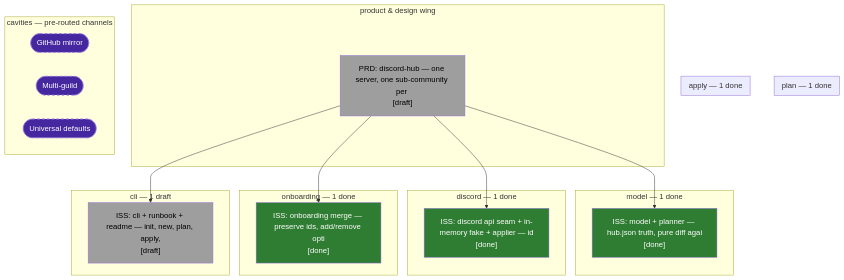
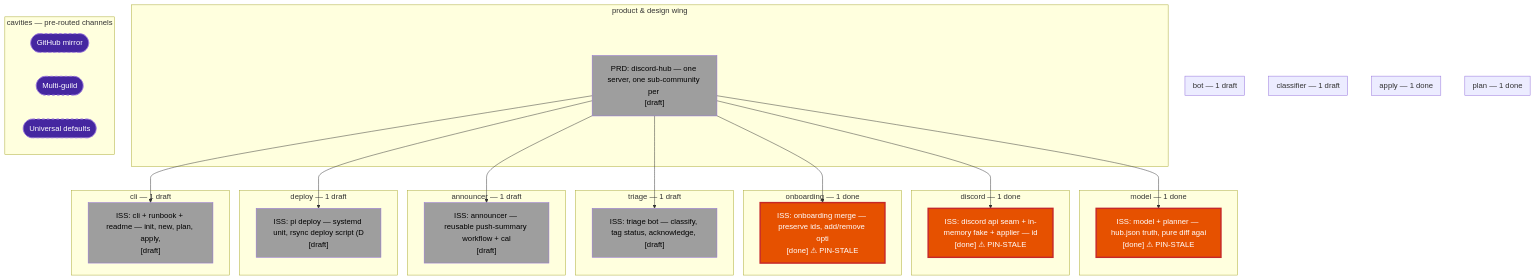
Before and after one commit to ajkatz/discord-hub: the diagram in mural/map.md, drawn with Mermaid. The commit also changed other lines of this file and 35 other files, not shown here.

First line of the commit message:
discord-hub: CLI + runbook, triage bot (decide/ledger/channels + Claude classifier + gateway shell), reusable announcer, pi5 systemd deploy — 67 tests green

````diff
--- a/mural/map.md
+++ b/mural/map.md
@@ -6,43 +6,61 @@
 ```mermaid
 flowchart TD
     subgraph R_model["model — 1 done"]
-        ISS_01M4YRK271FFV7JQGVRH31XMB5["ISS: model + planner — hub.json truth, pure diff agai<br/>[done]"]:::done
+        ISS_01M4YRK271FFV7JQGVRH31XMB5["ISS: model + planner — hub.json truth, pure diff agai<br/>[done] ⚠ PIN-STALE"]:::pinstale
     end
     subgraph R_plan["plan — 1 done"]
-        ISS_01M4YRK271FFV7JQGVRH31XMB5["ISS: model + planner — hub.json truth, pure diff agai<br/>[done]"]:::done
+        ISS_01M4YRK271FFV7JQGVRH31XMB5["ISS: model + planner — hub.json truth, pure diff agai<br/>[done] ⚠ PIN-STALE"]:::pinstale
     end
     subgraph R_discord["discord — 1 done"]
-        ISS_01M4YRK28WWY8PXJ54M3MNX4M0["ISS: discord api seam + in-memory fake + applier — id<br/>[done]"]:::done
+        ISS_01M4YRK28WWY8PXJ54M3MNX4M0["ISS: discord api seam + in-memory fake + applier — id<br/>[done] ⚠ PIN-STALE"]:::pinstale
     end
     subgraph R_apply["apply — 1 done"]
-        ISS_01M4YRK28WWY8PXJ54M3MNX4M0["ISS: discord api seam + in-memory fake + applier — id<br/>[done]"]:::done
+        ISS_01M4YRK28WWY8PXJ54M3MNX4M0["ISS: discord api seam + in-memory fake + applier — id<br/>[done] ⚠ PIN-STALE"]:::pinstale
     end
     subgraph R_onboarding["onboarding — 1 done"]
-        ISS_01M4YRK2AMTS9NS8QGGV8PZRCV["ISS: onboarding merge — preserve ids, add/remove opti<br/>[done]"]:::done
+        ISS_01M4YRK2AMTS9NS8QGGV8PZRCV["ISS: onboarding merge — preserve ids, add/remove opti<br/>[done] ⚠ PIN-STALE"]:::pinstale
+    end
+    subgraph R_triage["triage — 1 draft"]
+        ISS_01M4YS4JPD4GTYTH3BC87FY61Q["ISS: triage bot — classify, tag status, acknowledge, <br/>[draft]"]:::draft
+    end
+    subgraph R_classifier["classifier — 1 draft"]
+        ISS_01M4YS4JPD4GTYTH3BC87FY61Q["ISS: triage bot — classify, tag status, acknowledge, <br/>[draft]"]:::draft
+    end
+    subgraph R_bot["bot — 1 draft"]
+        ISS_01M4YS4JPD4GTYTH3BC87FY61Q["ISS: triage bot — classify, tag status, acknowledge, <br/>[draft]"]:::draft
+    end
+    subgraph R_announcer["announcer — 1 draft"]
+        ISS_01M4YS4JR84N865A2GE202351A["ISS: announcer — reusable push-summary workflow + cal<br/>[draft]"]:::draft
+    end
+    subgraph R_deploy["deploy — 1 draft"]
+        ISS_01M4YS4JT1NBYWK02Q0X4XHT4G["ISS: pi deploy — systemd unit, rsync deploy script (D<br/>[draft]"]:::draft
     end
     subgraph R_cli["cli — 1 draft"]
         ISS_01M4YRK2CD4S2WNDHCEFJPFZVH["ISS: cli + runbook + readme — init, new, plan, apply,<br/>[draft]"]:::draft
     end
     subgraph WING["product & design wing"]
         PRD_01M4YRFMPVGJJ0XENSA97NBGBW["PRD: discord-hub — one server, one sub-community per <br/>[draft]"]:::draft
     end
     subgraph CAV["cavities — pre-routed channels"]
         C_GitHub_mirror(["GitHub mirror"]):::cavity
         C_Multi_guild(["Multi-guild"]):::cavity
         C_Universal_defaults(["Universal defaults"]):::cavity
     end
     PRD_01M4YRFMPVGJJ0XENSA97NBGBW --> ISS_01M4YRK271FFV7JQGVRH31XMB5
     PRD_01M4YRFMPVGJJ0XENSA97NBGBW --> ISS_01M4YRK28WWY8PXJ54M3MNX4M0
     PRD_01M4YRFMPVGJJ0XENSA97NBGBW --> ISS_01M4YRK2AMTS9NS8QGGV8PZRCV
     PRD_01M4YRFMPVGJJ0XENSA97NBGBW --> ISS_01M4YRK2CD4S2WNDHCEFJPFZVH
+    PRD_01M4YRFMPVGJJ0XENSA97NBGBW --> ISS_01M4YS4JPD4GTYTH3BC87FY61Q
+    PRD_01M4YRFMPVGJJ0XENSA97NBGBW --> ISS_01M4YS4JR84N865A2GE202351A
+    PRD_01M4YRFMPVGJJ0XENSA97NBGBW --> ISS_01M4YS4JT1NBYWK02Q0X4XHT4G
     classDef done fill:#2e7d32,color:#fff
     classDef ready fill:#1565c0,color:#fff
     classDef inprog fill:#f9a825,color:#000
     classDef draft fill:#9e9e9e,color:#000
     classDef bad fill:#c62828,color:#fff
     classDef active fill:#00695c,color:#fff
     classDef other fill:#6a1b9a,color:#fff
     classDef pinstale fill:#e65100,color:#fff,stroke:#c62828,stroke-width:3px
     classDef cavity fill:#4527a0,color:#fff,stroke-dasharray: 5 5
     classDef empty fill:transparent,stroke:transparent
 ```
````
